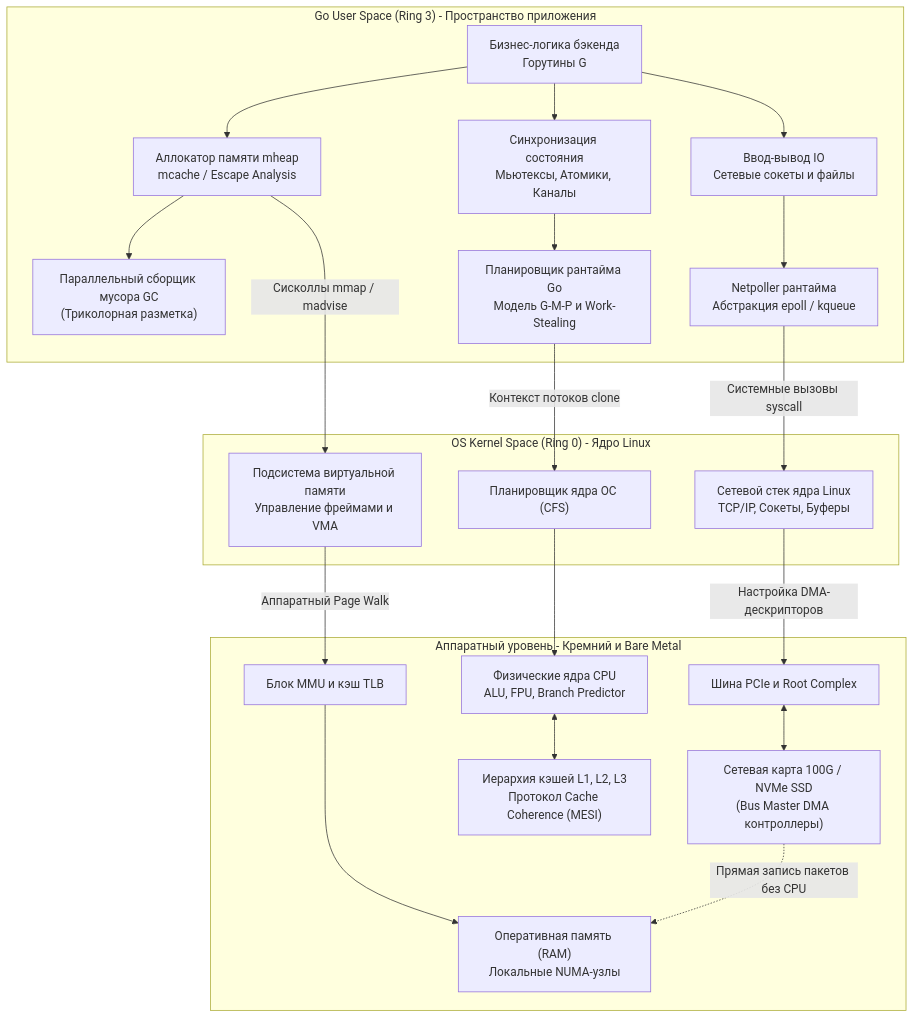
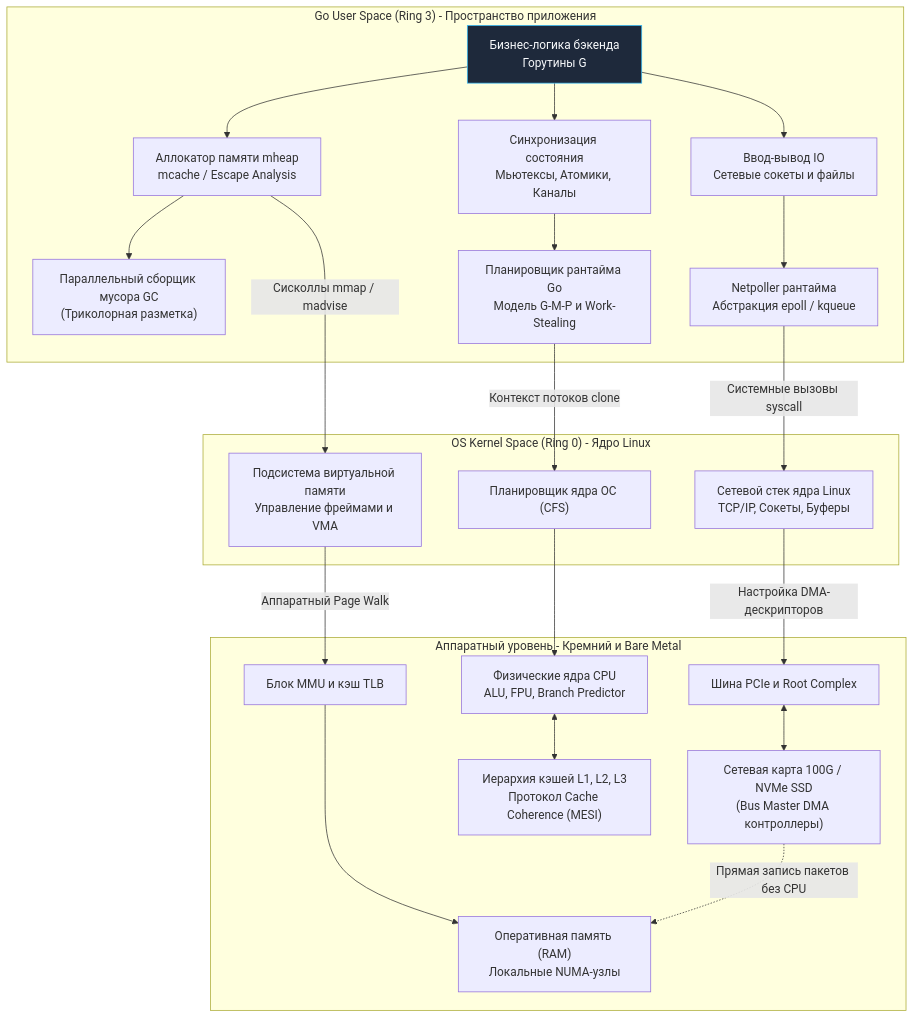
One commit to UnrealTemplier/go-textbook changed the diagram in sources/1. Архитектура компьютера/41. Итоги раздела. Полная картина архитектуры компьютера для Go-разработчика.md. Above: the diagram before and after it, drawn with Mermaid. The commit also changed 1666 other files, not shown here.

First line of the commit message:
feat(mermaid): add semantic color classDef to 1369 colorless flowchart/graph diagrams

````diff
--- a/sources/1. Архитектура компьютера/41. Итоги раздела. Полная картина архитектуры компьютера для Go-разработчика.md
+++ b/sources/1. Архитектура компьютера/41. Итоги раздела. Полная картина архитектуры компьютера для Go-разработчика.md
@@ -21,30 +21,40 @@
 ```mermaid
 flowchart TD
+    classDef process  fill:#1e293b,stroke:#38bdf8,stroke-width:1px,color:#f8fafc
+    classDef success  fill:#064e3b,stroke:#34d399,stroke-width:1px,color:#f8fafc
+    classDef error    fill:#7f1d1d,stroke:#f87171,stroke-width:1px,color:#f8fafc
+    classDef warning  fill:#78350f,stroke:#fbbf24,stroke-width:1px,color:#f8fafc
+    classDef entry    fill:#1e3a5f,stroke:#38bdf8,stroke-width:2px,color:#f8fafc
+    classDef aux      fill:#334155,stroke:#64748b,stroke-width:1px,color:#f8fafc
+    classDef system   fill:#312e81,stroke:#a78bfa,stroke-width:1px,color:#f8fafc
+    classDef data     fill:#132d29,stroke:#2dd4bf,stroke-width:1px,color:#f8fafc
+    classDef network  fill:#881337,stroke:#fb7185,stroke-width:1px,color:#f8fafc
+    classDef accent   fill:#1e1b4b,stroke:#818cf8,stroke-width:1px,color:#f8fafc
     subgraph GoSpace ["Go User Space (Ring 3) - Пространство приложения"]
-        Code["Бизнес-логика бэкенда<br>Горутины G"] --> Alloc["Аллокатор памяти mheap<br>mcache / Escape Analysis"]
+        Code["Бизнес-логика бэкенда<br>Горутины G"]:::process --> Alloc["Аллокатор памяти mheap<br>mcache / Escape Analysis"]
         Code --> Sync["Синхронизация состояния<br>Мьютексы, Атомики, Каналы"]
         Code --> IO["Ввод-вывод IO<br>Сетевые сокеты и файлы"]
         
         Alloc --> GC["Параллельный сборщик мусора GC<br>(Триколорная разметка)"]
         Sync --> Sched["Планировщик рантайма Go<br>Модель G-M-P и Work-Stealing"]
         IO --> Netpoll["Netpoller рантайма<br>Абстракция epoll / kqueue"]
     end
     
     subgraph OSKernel ["OS Kernel Space (Ring 0) - Ядро Linux"]
         Sched -->|Контекст потоков clone| OSP["Планировщик ядра ОС (CFS)"]
         Netpoll -->|Системные вызовы syscall| NetStack["Сетевой стек ядра Linux<br>TCP/IP, Сокеты, Буферы"]
         Alloc -->|Сисколлы mmap / madvise| VMM["Подсистема виртуальной памяти<br>Управление фреймами и VMA"]
     end
     
     subgraph Hardware ["Аппаратный уровень - Кремний и Bare Metal"]
         OSP --> CPU["Физические ядра CPU<br>ALU, FPU, Branch Predictor"]
         CPU <--> L1L2["Иерархия кэшей L1, L2, L3<br>Протокол Cache Coherence (MESI)"]
         
         VMM -->|Аппаратный Page Walk| MMU["Блок MMU и кэш TLB"]
         MMU --> RAM["Оперативная память (RAM)<br>Локальные NUMA-узлы"]
         
         NetStack -->|Настройка DMA-дескрипторов| PCIe["Шина PCIe и Root Complex"]
         PCIe <--> NIC["Сетевая карта 100G / NVMe SSD<br>(Bus Master DMA контроллеры)"]
         NIC -.->|Прямая запись пакетов без CPU| RAM
     end
 ```
````
